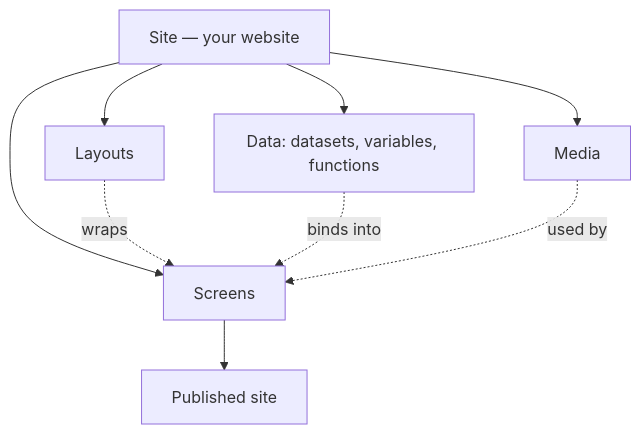
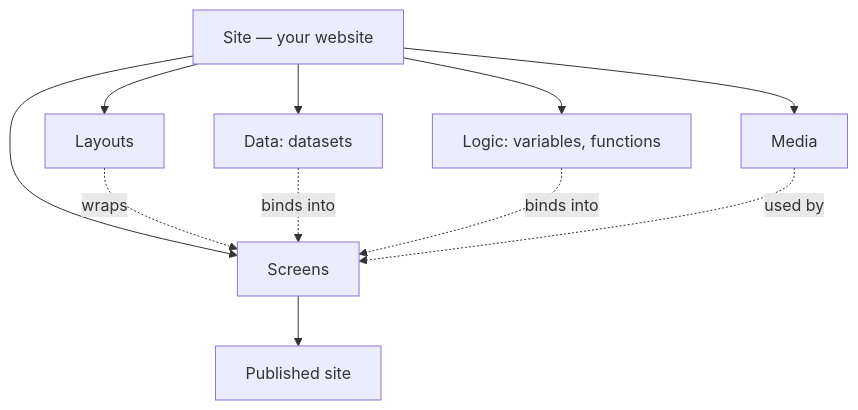
Before and after one commit to aglyn/aglyn: the diagram in apps/docs/docs/intro.md, drawn with Mermaid. The commit also changed 18 other files, not shown here.

````diff
--- a/apps/docs/docs/intro.md
+++ b/apps/docs/docs/intro.md
@@ -75,11 +75,13 @@
 ```mermaid
 flowchart TD
   H[Site — your website] --> S[Screens]
   H --> L[Layouts]
-  H --> D[Data: datasets, variables, functions]
+  H --> D[Data: datasets]
+  H --> G[Logic: variables, functions]
   H --> M[Media]
   L -. wraps .-> S
   D -. binds into .-> S
+  G -. binds into .-> S
   M -. used by .-> S
   S --> P[Published site]
 ```
````
